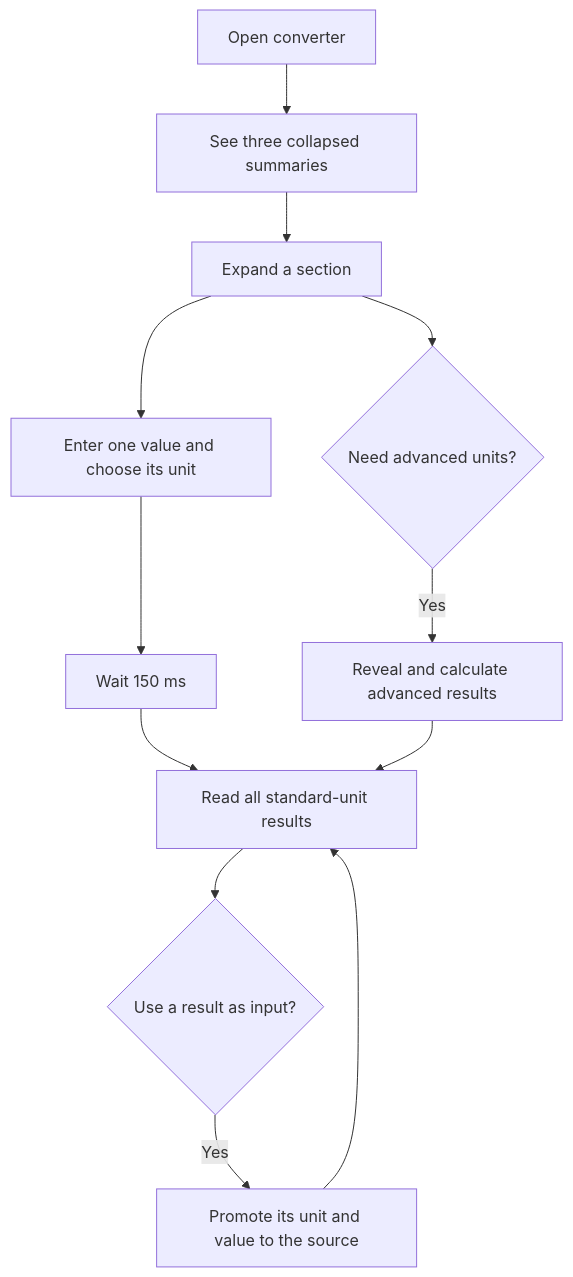
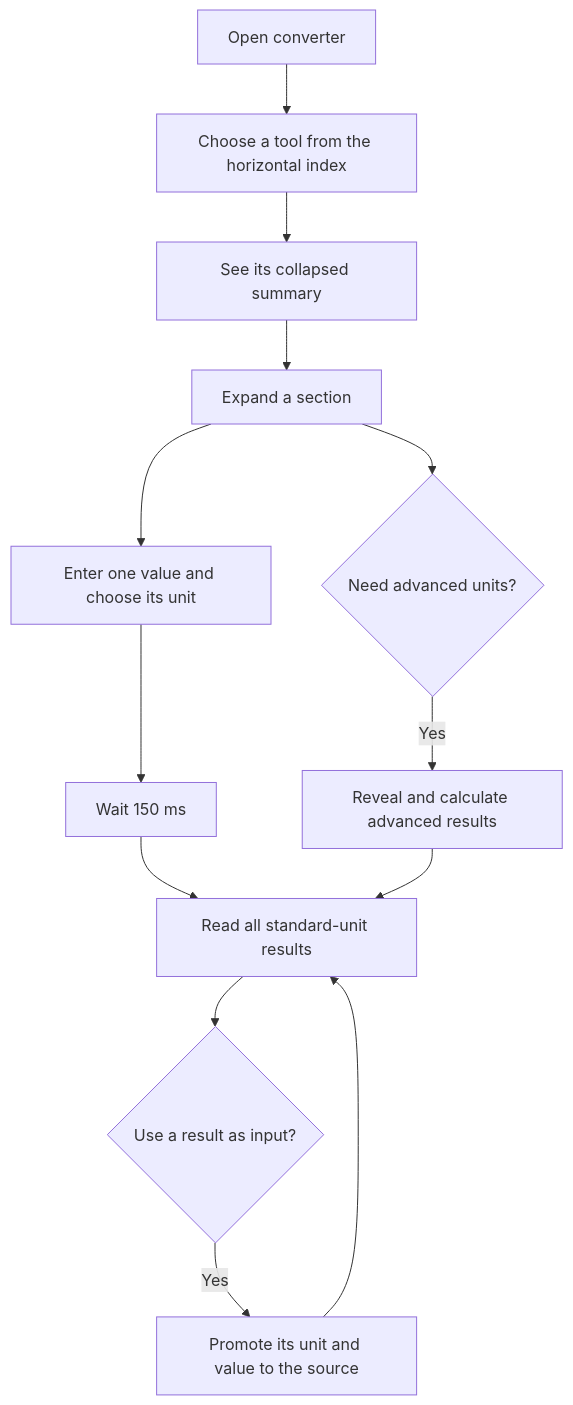
One commit to johnpfeiffer/converter changed the second of 4 diagrams in architecture.md. Above: the diagram before and after it, drawn with Mermaid. The commit also changed other lines of this file and 14 other files, not shown here.

Commit message:
milestone 3 of weights and volumes, plus TOC horizontal tool index links

````diff
--- a/architecture.md
+++ b/architecture.md
@@ -42,14 +46,15 @@
 ```mermaid
 flowchart TD
-    Start[Open converter] --> Summary[See three collapsed summaries]
+    Start[Open converter] --> Index[Choose a tool from the horizontal index]
+    Index --> Summary[See its collapsed summary]
     Summary --> Expand[Expand a section]
     Expand --> Enter[Enter one value and choose its unit]
     Enter --> Debounce[Wait 150 ms]
     Debounce --> Result[Read all standard-unit results]
     Expand --> Advanced{Need advanced units?}
     Advanced -->|Yes| Reveal[Reveal and calculate advanced results]
     Reveal --> Result
     Result --> Promote{Use a result as input?}
     Promote -->|Yes| Carry[Promote its unit and value to the source]
     Carry --> Result
 ```
````
